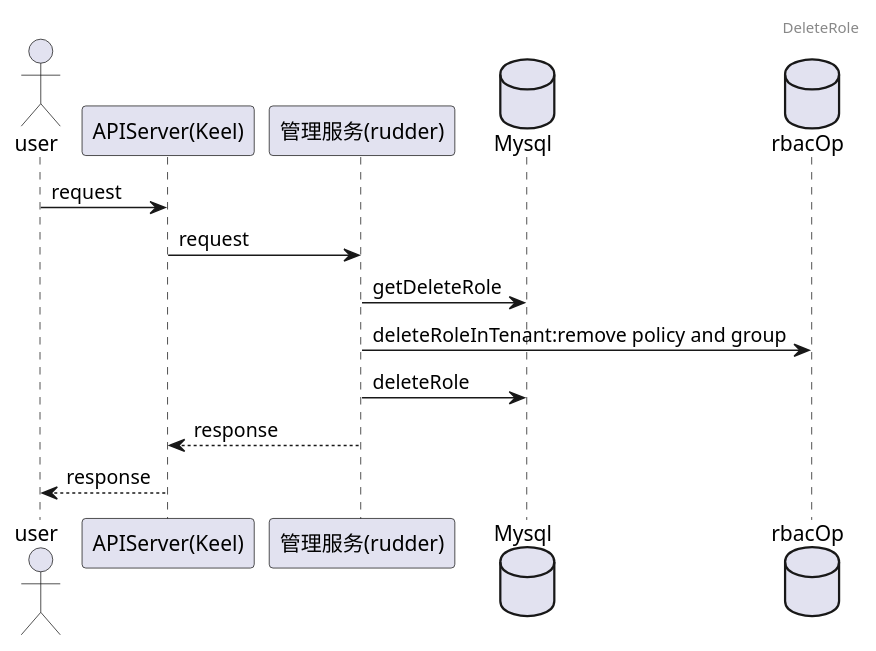
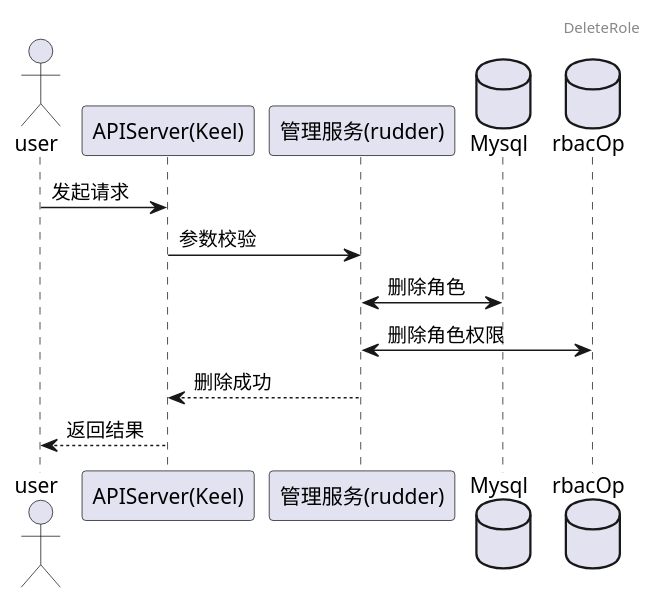
Before and after one commit to tkeel-io/docs: the fourth of 10 diagrams in docs/api/appendix/plantuml/user-manager-tenant.md, drawn with PlantUML. The commit also changed other lines of this file and 2 other files, not shown here.

````diff
--- a/docs/api/appendix/plantuml/user-manager-tenant.md
+++ b/docs/api/appendix/plantuml/user-manager-tenant.md
@@ -65,18 +63,18 @@
 ```plantuml
-
+@startuml
 header DeleteRole
-
 actor user
 participant "APIServer(Keel)"  as keel
 participant "管理服务(rudder)" as TenantService
 database Mysql
 database rbacOp
-user->keel:request
-keel->TenantService:request
-TenantService->Mysql:getDeleteRole
-TenantService->rbacOp:deleteRoleInTenant:remove policy and group
-TenantService->Mysql:deleteRole
-TenantService-->keel:response
-keel-->user:response
+user->keel:发起请求
+keel->TenantService:参数校验
+TenantService<->Mysql:删除角色
+TenantService<->rbacOp:删除角色权限
+TenantService-->keel:删除成功
+keel-->user:返回结果
+@enduml
+
 
 ```
````
